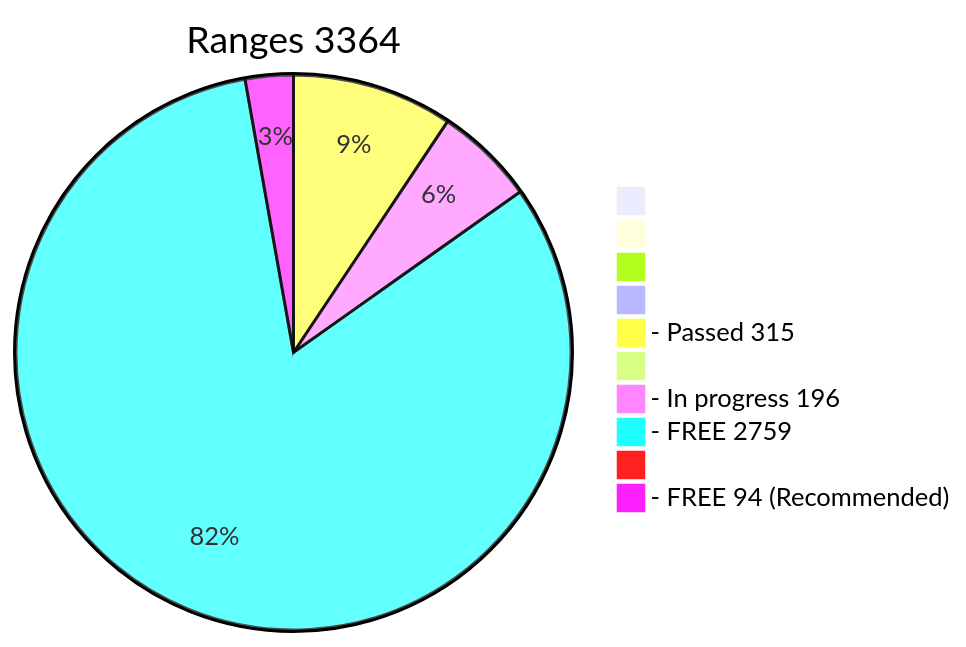
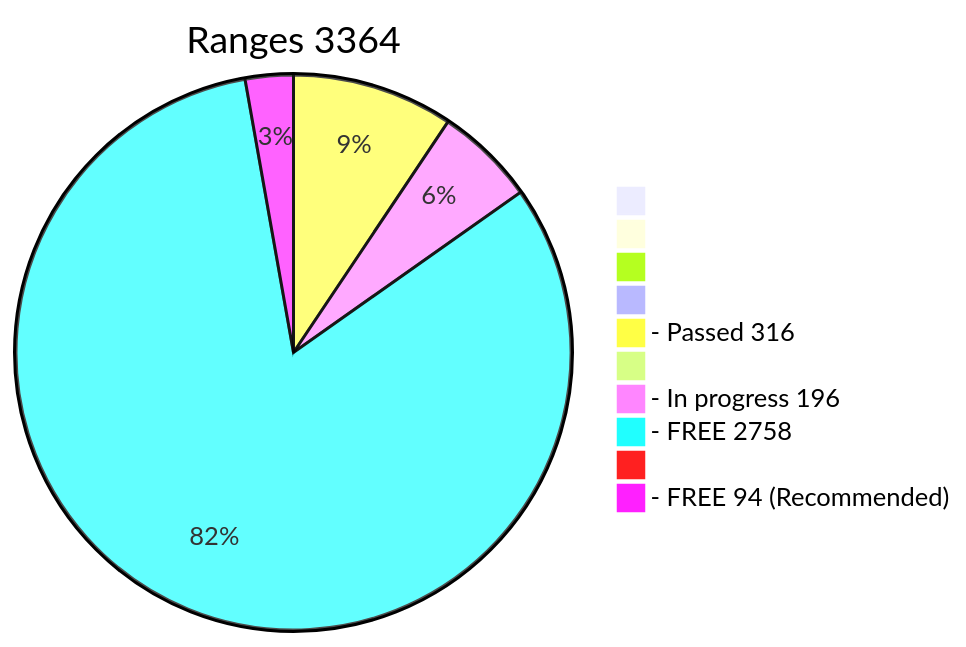
Before and after one commit to phrutis/wif500: the diagram in x64/Release/table.md, drawn with Mermaid. The commit also changed other lines of this file, not shown here.

````diff
--- a/x64/Release/table.md
+++ b/x64/Release/table.md
@@ -2,13 +2,13 @@
 ```mermaid
 pie title Ranges 3364
   " " : 0
   "  " : 0
   "   " : 0
   "    " : 0
-  "- Passed 315" : 315
+  "- Passed 316" : 316
   "     " : 0
   "- In progress 196" : 196
-  "- FREE 2759" : 2759
+  "- FREE 2758" : 2758
   "      " : 0
   "- FREE 94 (Recommended)" : 94
 ```
````
